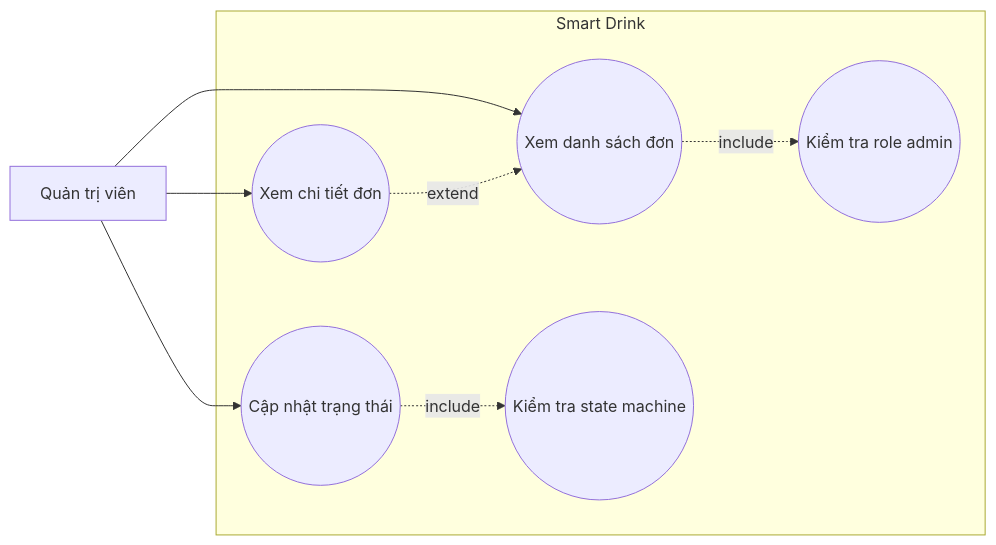
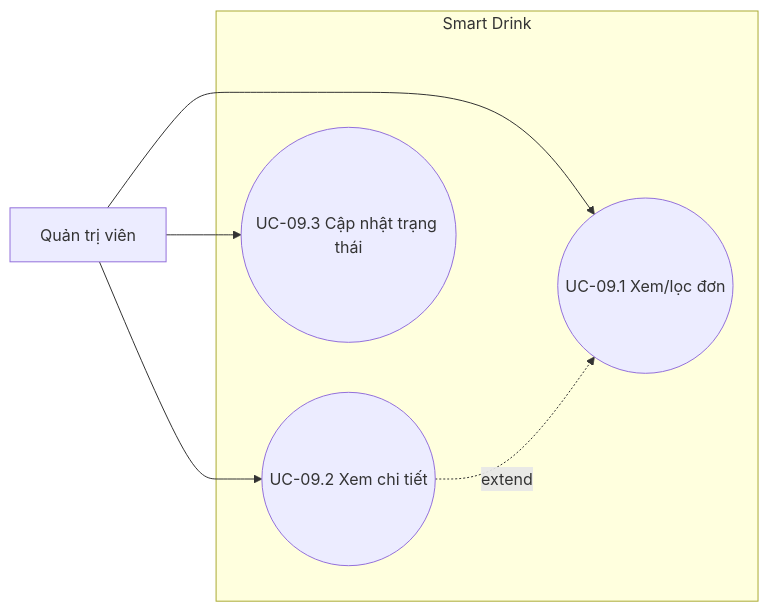
Before and after one commit to alisa12405/drink_app: the ninth of 10 diagrams in tai_lieu_phan_tich_thiet_ke_he_thong/03-dac-ta-ca-su-dung.md, drawn with Mermaid. The commit also changed other lines of this file and 4 other files, not shown here.

````diff
--- a/tai_lieu_phan_tich_thiet_ke_he_thong/03-dac-ta-ca-su-dung.md
+++ b/tai_lieu_phan_tich_thiet_ke_he_thong/03-dac-ta-ca-su-dung.md
@@ -289,17 +463,13 @@
 ```mermaid
 flowchart LR
     Admin[Quản trị viên]
     subgraph SYS[Smart Drink]
-        List((Xem danh sách đơn))
-        Detail((Xem chi tiết đơn))
-        Role((Kiểm tra role admin))
-        Update((Cập nhật trạng thái))
-        Transition((Kiểm tra state machine))
+        List((UC-09.1 Xem/lọc đơn))
+        Detail((UC-09.2 Xem chi tiết))
+        Status((UC-09.3 Cập nhật trạng thái))
     end
     Admin --> List
     Admin --> Detail
-    Admin --> Update
-    List -. include .-> Role
+    Admin --> Status
     Detail -. extend .-> List
-    Update -. include .-> Transition
 ```
````
